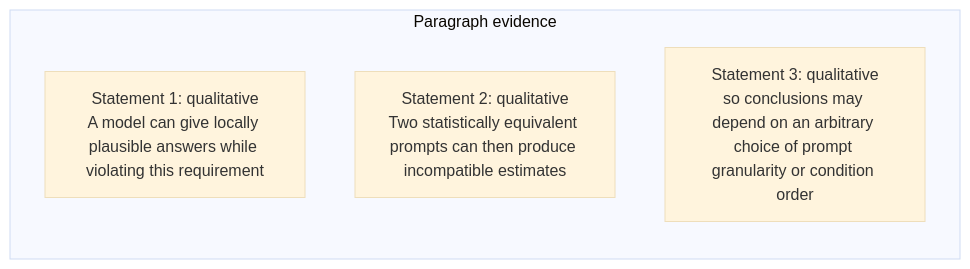
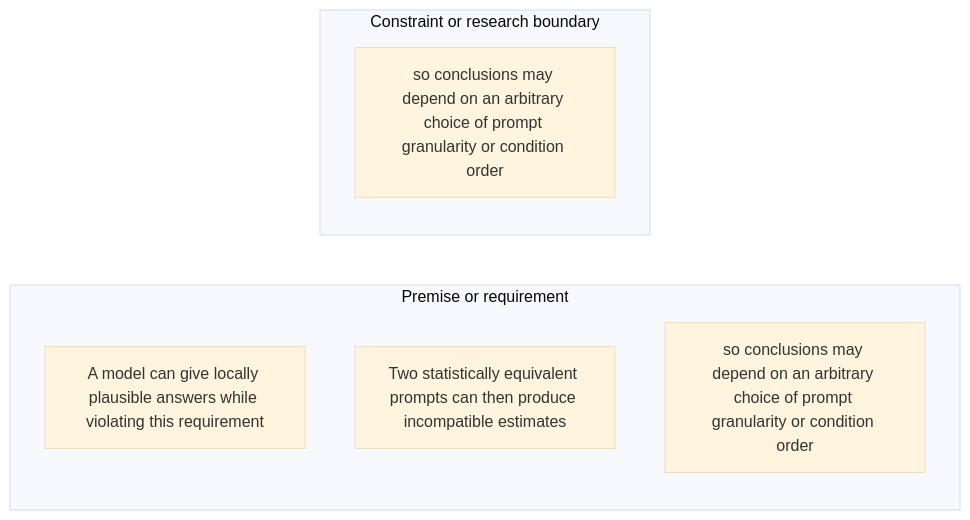
One commit to Betancourt1/paper_atlas changed the fourth of 48 diagrams in docs/visual-manifests/VISUAL_MANIFEST_PARTITION_PROMPT_AGGREGATE.md. Above: the diagram before and after it, drawn with Mermaid (base theme). The commit also changed other lines of this file and 7 other files, not shown here.

````diff
--- a/docs/visual-manifests/VISUAL_MANIFEST_PARTITION_PROMPT_AGGREGATE.md
+++ b/docs/visual-manifests/VISUAL_MANIFEST_PARTITION_PROMPT_AGGREGATE.md
@@ -321,8 +322,11 @@
 ```mermaid
 flowchart LR
-  subgraph p1["Paragraph evidence"]
-    p1r1["Statement 1: qualitative<br/>A model can give locally plausible answers while violating this requirement"]
-    p1r2["Statement 2: qualitative<br/>Two statistically equivalent prompts can then produce incompatible estimates"]
-    p1r3["Statement 3: qualitative<br/>so conclusions may depend on an arbitrary choice of prompt granularity or condition order"]
+  subgraph g1["Premise or requirement"]
+    g1i1["A model can give locally plausible answers while violating this requirement"]
+    g1i2["Two statistically equivalent prompts can then produce incompatible estimates"]
+    g1i3["so conclusions may depend on an arbitrary choice of prompt granularity or condition order"]
+  end
+  subgraph g2["Constraint or research boundary"]
+    g2i1["so conclusions may depend on an arbitrary choice of prompt granularity or condition order"]
   end
 ```
````
